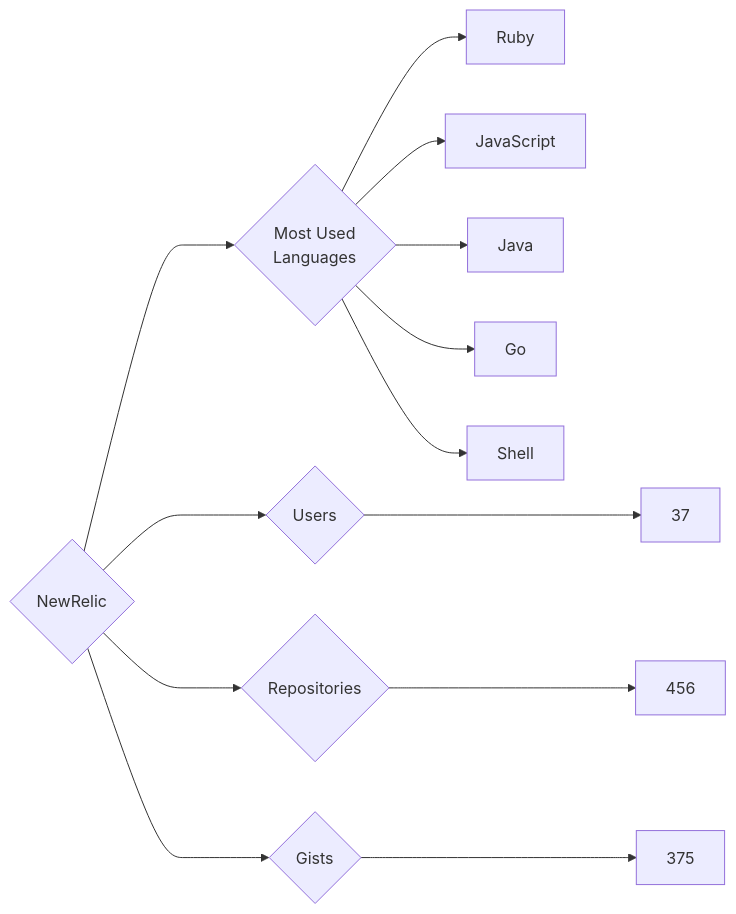
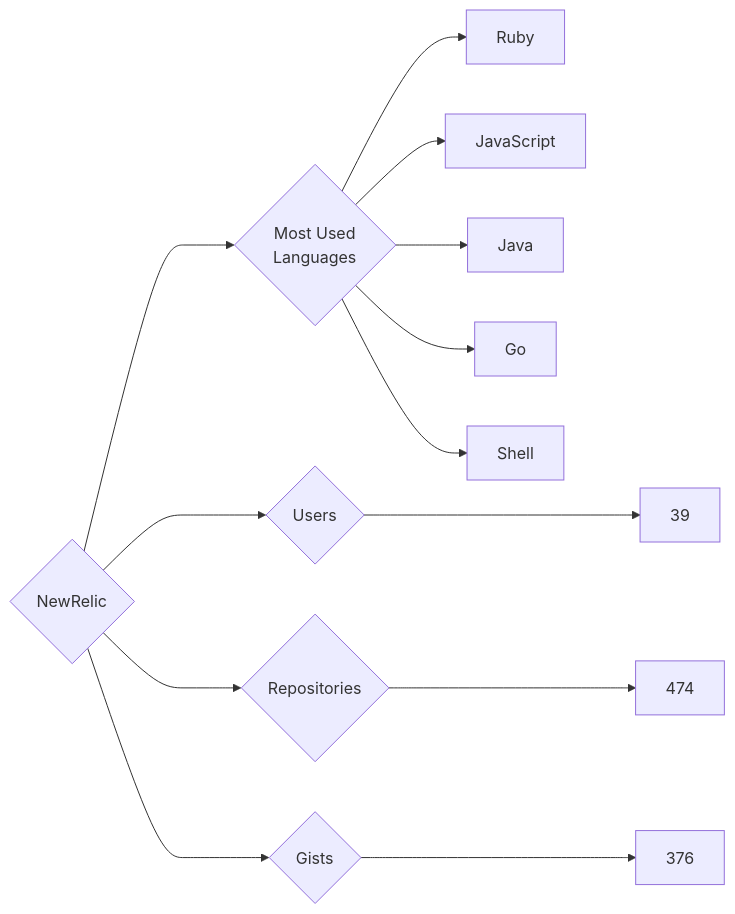
One commit to trickest/insiders changed the diagram in targets/NewRelic/README.md. Above: the diagram before and after it, drawn with Mermaid. The commit also changed 976 other files, not shown here.

````diff
--- a/targets/NewRelic/README.md
+++ b/targets/NewRelic/README.md
@@ -3,13 +3,13 @@
 ```mermaid
 graph LR
 COMPANY_NAME{NewRelic}
-COMPANY_NAME ---> U{Users} ---> UN[37]
-COMPANY_NAME ---> R{Repositories} ---> RN[456]
-COMPANY_NAME ---> G{Gists} ---> GN[375]
+COMPANY_NAME ---> U{Users} ---> UN[39]
+COMPANY_NAME ---> R{Repositories} ---> RN[474]
+COMPANY_NAME ---> G{Gists} ---> GN[376]
 COMPANY_NAME ---> ML{Most Used<br>Languages}
 ML --> Ruby[Ruby]
 ML --> JavaScript[JavaScript]
 ML --> Java[Java]
 ML --> Go[Go]
 ML --> Shell[Shell]
 ```
````
